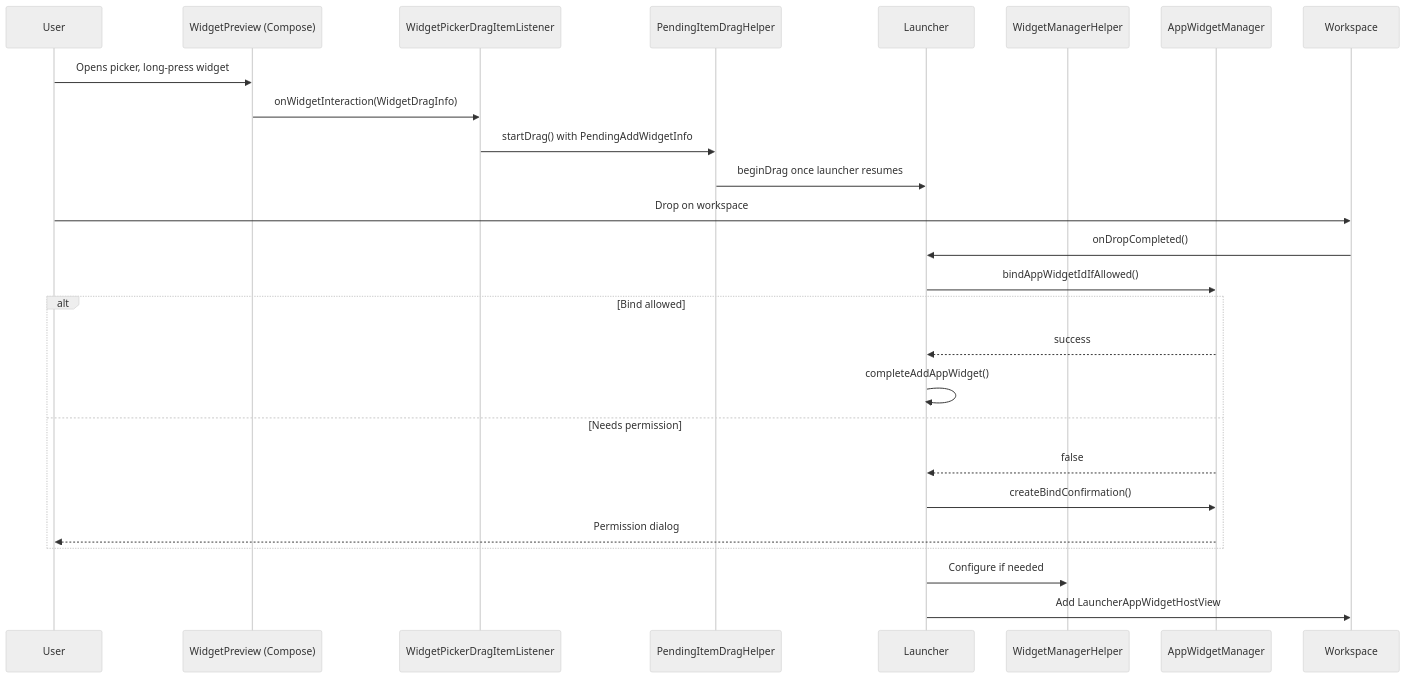
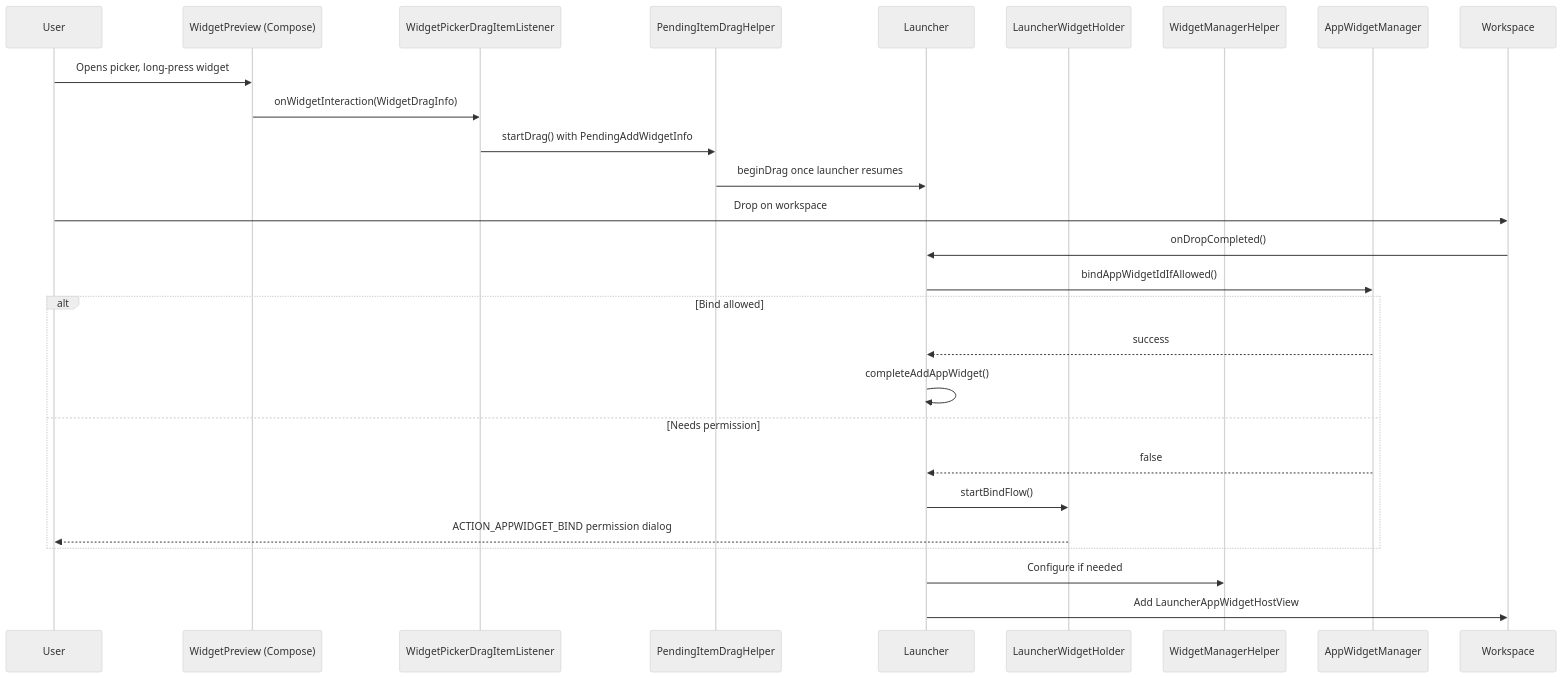
One commit to aospbooks/aosp-internal-book changed the eighth of 19 diagrams in 49-launcher3.md. Above: the diagram before and after it, drawn with Mermaid (neutral theme). The commit also changed other lines of this file and 218 other files, not shown here.

````diff
--- a/49-launcher3.md
+++ b/49-launcher3.md
@@ -808,29 +828,30 @@
 ```mermaid
 sequenceDiagram
     participant User
     participant WP as WidgetPreview (Compose)
     participant DIL as WidgetPickerDragItemListener
     participant PDH as PendingItemDragHelper
     participant L as Launcher
+    participant LWH as LauncherWidgetHolder
     participant WMH as WidgetManagerHelper
     participant AWM as AppWidgetManager
     participant WS as Workspace
 
     User->>WP: Opens picker, long-press widget
     WP->>DIL: onWidgetInteraction(WidgetDragInfo)
     DIL->>PDH: startDrag() with PendingAddWidgetInfo
     PDH->>L: beginDrag once launcher resumes
     User->>WS: Drop on workspace
     WS->>L: onDropCompleted()
     L->>AWM: bindAppWidgetIdIfAllowed()
     alt Bind allowed
         AWM-->>L: success
         L->>L: completeAddAppWidget()
     else Needs permission
         AWM-->>L: false
-        L->>AWM: createBindConfirmation()
-        AWM-->>User: Permission dialog
+        L->>LWH: startBindFlow()
+        LWH-->>User: ACTION_APPWIDGET_BIND permission dialog
     end
     L->>WMH: Configure if needed
     L->>WS: Add LauncherAppWidgetHostView
 ```
````
